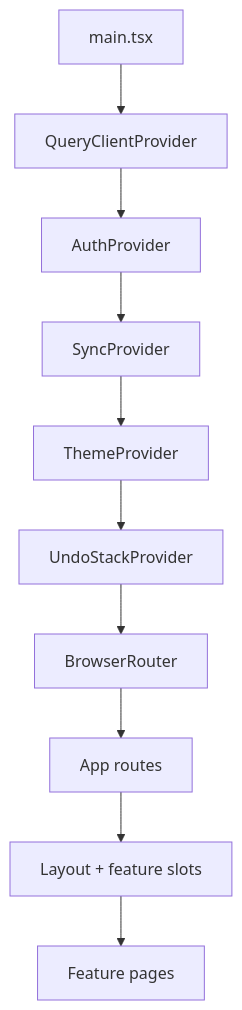
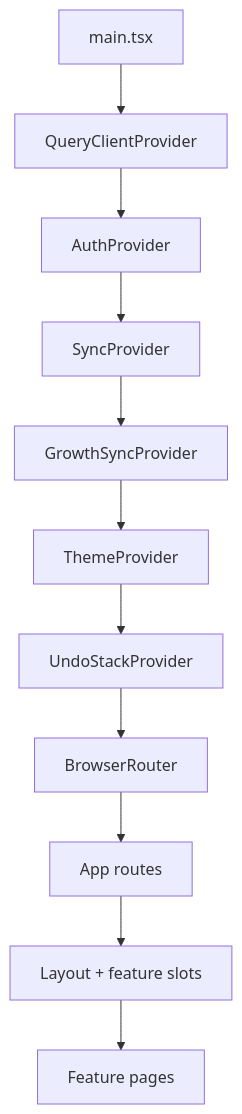
One commit to huynguyen1999/itu changed the first of 4 diagrams in agent_docs/architectures/web.md. Above: the diagram before and after it, drawn with Mermaid. The commit also changed other lines of this file and 128 other files, not shown here.

First line of the commit message:
refactor: modularize frontend, macOS, and API architectures

````diff
--- a/agent_docs/architectures/web.md
+++ b/agent_docs/architectures/web.md
@@ -51,16 +112,17 @@
 ```mermaid
 flowchart TB
     Root["main.tsx"]
     Query["QueryClientProvider"]
     Auth["AuthProvider"]
     Sync["SyncProvider"]
+    GrowthSync["GrowthSyncProvider"]
     Theme["ThemeProvider"]
     Undo["UndoStackProvider"]
     Router["BrowserRouter"]
     App["App routes"]
     Layout["Layout + feature slots"]
     Features["Feature pages"]
 
-    Root --> Query --> Auth --> Sync --> Theme --> Undo --> Router --> App
+    Root --> Query --> Auth --> Sync --> GrowthSync --> Theme --> Undo --> Router --> App
     App --> Layout --> Features
 ```
````
